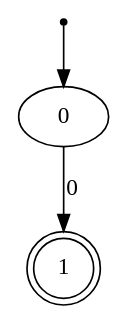
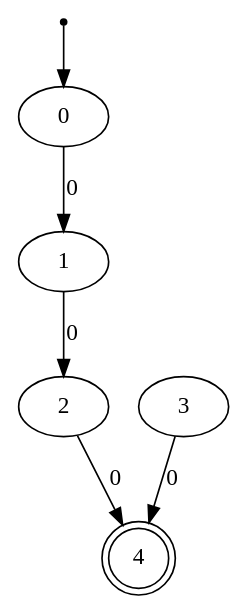
Before and after one commit to ValenButtignol/project-automata: the diagram in automaton.dot, drawn with Graphviz. The commit also changed 7 other files, not shown here.

```diff
--- a/automaton.dot
+++ b/automaton.dot
@@ -1,6 +1,9 @@
 digraph{
 inic[shape=point];
 inic->0;
 0->1 [label="0"];
-1[shape=doublecircle];
+1->2 [label="0"];
+2->4 [label="0"];
+3->4 [label="0"];
+4[shape=doublecircle];
 }
```
